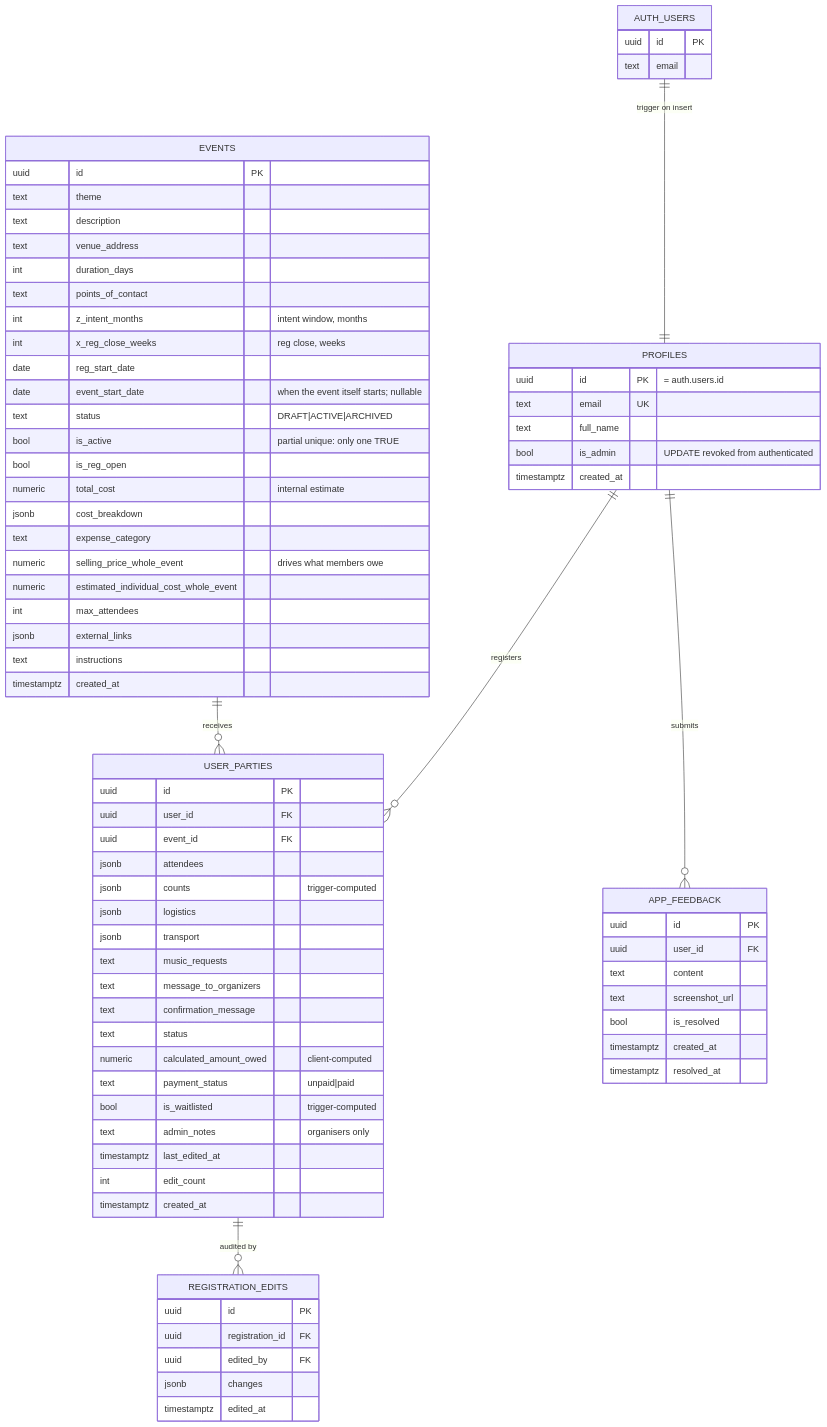
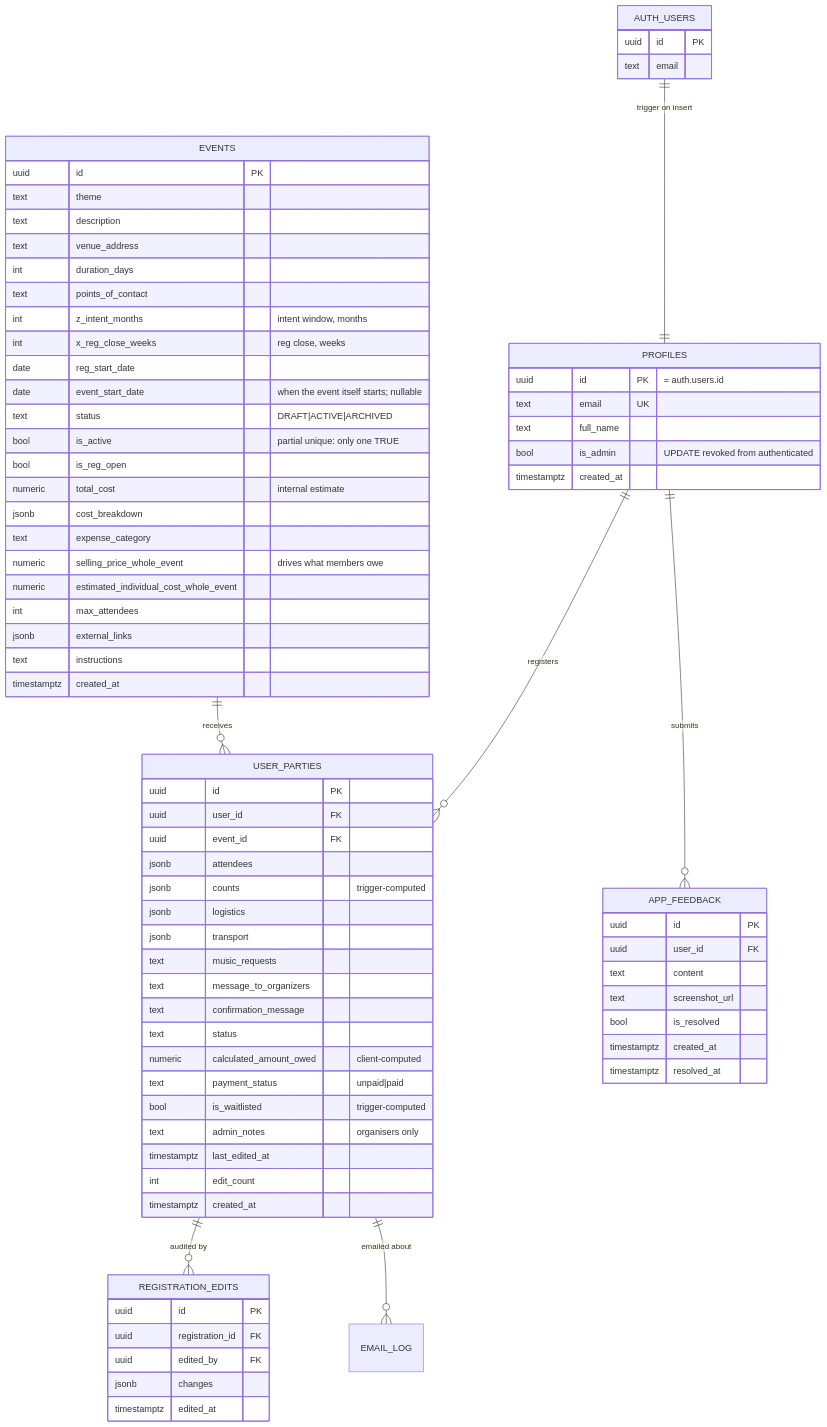
One commit to YULmix/yulmix-la-bedaine changed the first of 2 diagrams in docs/03-data-model.md. Above: the diagram before and after it, drawn with Mermaid. The commit also changed other lines of this file and 14 other files, not shown here.

````diff
--- a/docs/03-data-model.md
+++ b/docs/03-data-model.md
@@ -10,80 +10,81 @@
 ```mermaid
 erDiagram
   AUTH_USERS ||--|| PROFILES : "trigger on insert"
   PROFILES ||--o{ USER_PARTIES : "registers"
   EVENTS ||--o{ USER_PARTIES : "receives"
   PROFILES ||--o{ APP_FEEDBACK : "submits"
   USER_PARTIES ||--o{ REGISTRATION_EDITS : "audited by"
+  USER_PARTIES ||--o{ EMAIL_LOG : "emailed about"
 
   AUTH_USERS {
     uuid id PK
     text email
   }
   PROFILES {
     uuid id PK "= auth.users.id"
     text email UK
     text full_name
     bool is_admin "UPDATE revoked from authenticated"
     timestamptz created_at
   }
   EVENTS {
     uuid id PK
     text theme
     text description
     text venue_address
     int duration_days
     text points_of_contact
     int z_intent_months "intent window, months"
     int x_reg_close_weeks "reg close, weeks"
     date reg_start_date
     date event_start_date "when the event itself starts; nullable"
     text status "DRAFT|ACTIVE|ARCHIVED"
     bool is_active "partial unique: only one TRUE"
     bool is_reg_open
     numeric total_cost "internal estimate"
     jsonb cost_breakdown
     text expense_category
     numeric selling_price_whole_event "drives what members owe"
     numeric estimated_individual_cost_whole_event
     int max_attendees
     jsonb external_links
     text instructions
     timestamptz created_at
   }
   USER_PARTIES {
     uuid id PK
     uuid user_id FK
     uuid event_id FK
     jsonb attendees
     jsonb counts "trigger-computed"
     jsonb logistics
     jsonb transport
     text music_requests
     text message_to_organizers
     text confirmation_message
     text status
     numeric calculated_amount_owed "client-computed"
     text payment_status "unpaid|paid"
     bool is_waitlisted "trigger-computed"
     text admin_notes "organisers only"
     timestamptz last_edited_at
     int edit_count
     timestamptz created_at
   }
   APP_FEEDBACK {
     uuid id PK
     uuid user_id FK
     text content
     text screenshot_url
     bool is_resolved
     timestamptz created_at
     timestamptz resolved_at
   }
   REGISTRATION_EDITS {
     uuid id PK
     uuid registration_id FK
     uuid edited_by FK
     jsonb changes
     timestamptz edited_at
   }
 ```
````
